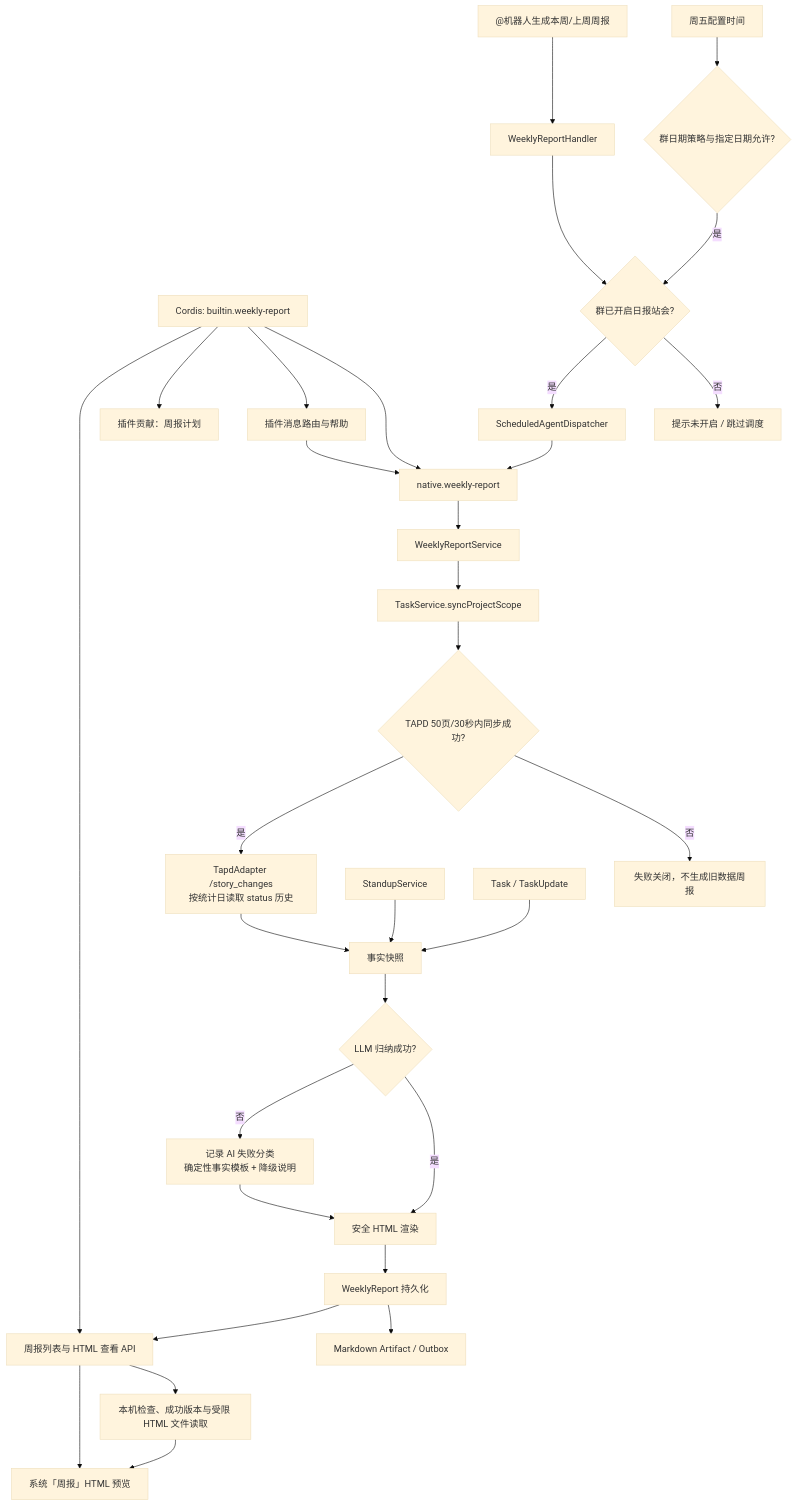
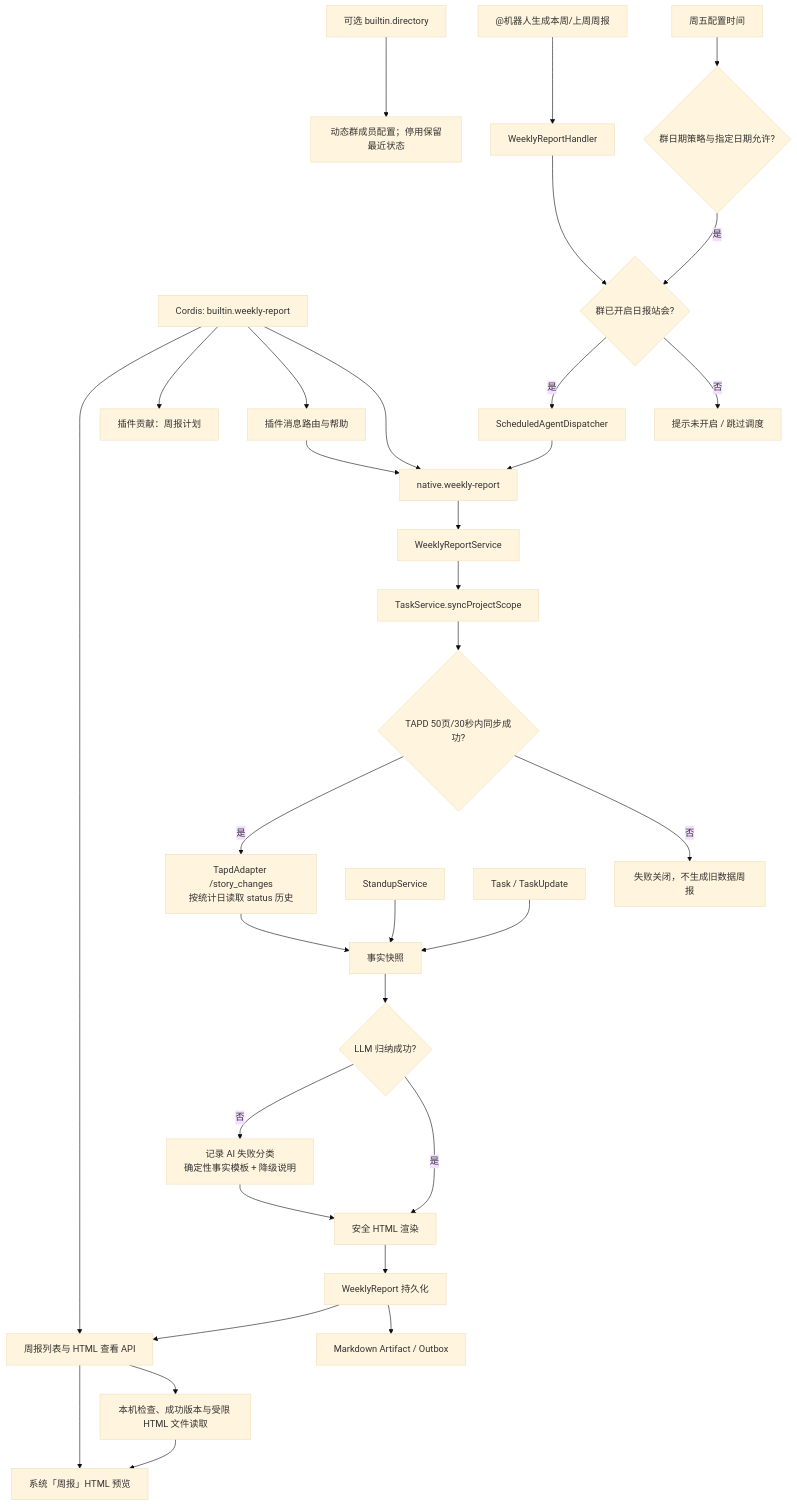
One commit to KlayPeter/AI-Delivery-Ops-Agent changed the diagram in backend/src/domains/weeklyReport/FEATURE.md. Above: the diagram before and after it, drawn with Mermaid (base theme). The commit also changed other lines of this file and 35 other files, not shown here.

````diff
--- a/backend/src/domains/weeklyReport/FEATURE.md
+++ b/backend/src/domains/weeklyReport/FEATURE.md
@@ -20,33 +20,34 @@
 ```mermaid
 flowchart TD
+    DIRECTORY[可选 builtin.directory] --> MEMBERS[动态群成员配置；停用保留最近状态]
     PL["Cordis: builtin.weekly-report"] --> A
     PL --> MR["插件消息路由与帮助"]
     PL --> GS["插件贡献：周报计划"]
     PL --> API
     API --> SAFE[本机检查、成功版本与受限 HTML 文件读取]
     SAFE --> UI
     MR --> A
     U["@机器人生成本周/上周周报"] --> H["WeeklyReportHandler"]
     S["周五配置时间"] --> HC{"群日期策略与指定日期允许?"}
     HC -- "是" --> G{"群已开启日报站会?"}
     H --> G
     G -- 否 --> X0["提示未开启 / 跳过调度"]
     G -- 是 --> D["ScheduledAgentDispatcher"]
     D --> A["native.weekly-report"]
     A --> W["WeeklyReportService"]
     W --> T["TaskService.syncProjectScope"]
     T --> P{"TAPD 50页/30秒内同步成功?"}
     P -- 否 --> X["失败关闭，不生成旧数据周报"]
     P -- 是 --> TH["TapdAdapter /story_changes\n按统计日读取 status 历史"]
     TH --> F["事实快照"]
     ST["StandupService"] --> F
     TU["Task / TaskUpdate"] --> F
     F --> N{"LLM 归纳成功?"}
     N -- 是 --> R["安全 HTML 渲染"]
     N -- 否 --> NF["记录 AI 失败分类<br/>确定性事实模板 + 降级说明"]
     NF --> R
     R --> DB["WeeklyReport 持久化"]
     DB --> O["Markdown Artifact / Outbox"]
     DB --> API["周报列表与 HTML 查看 API"]
     API --> UI["系统「周报」HTML 预览"]
 ```
````
